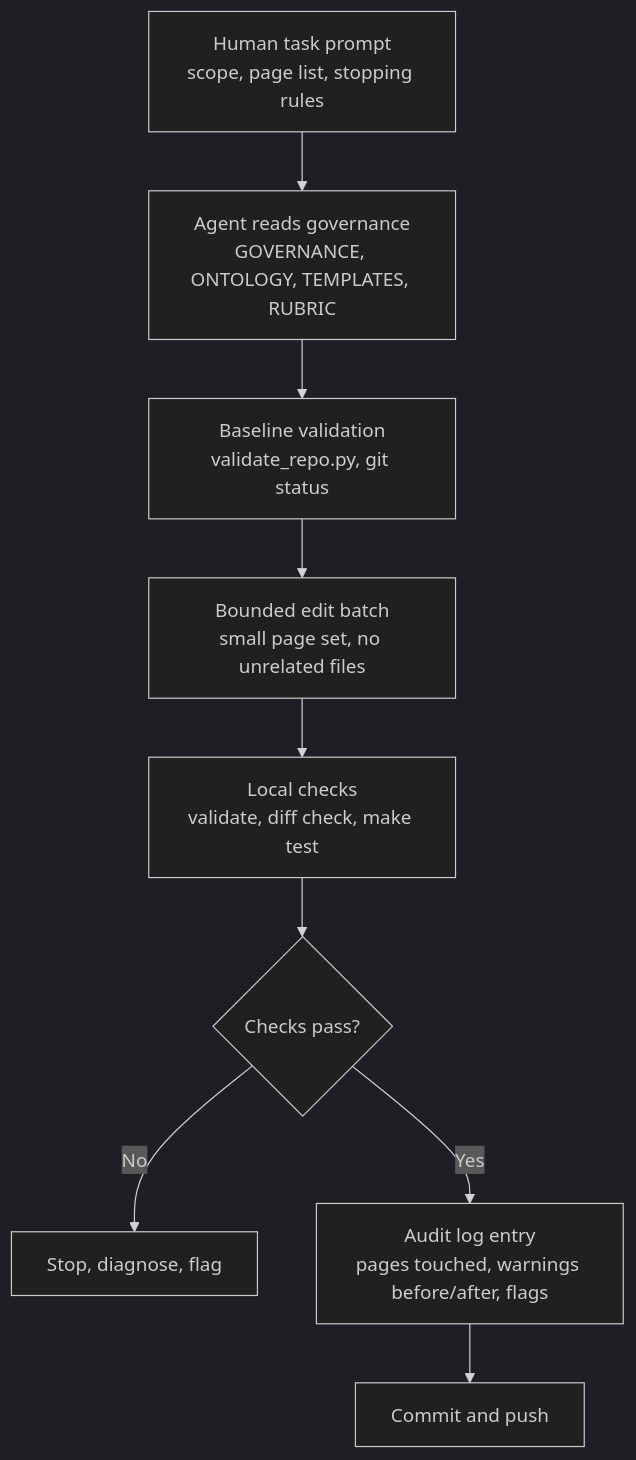
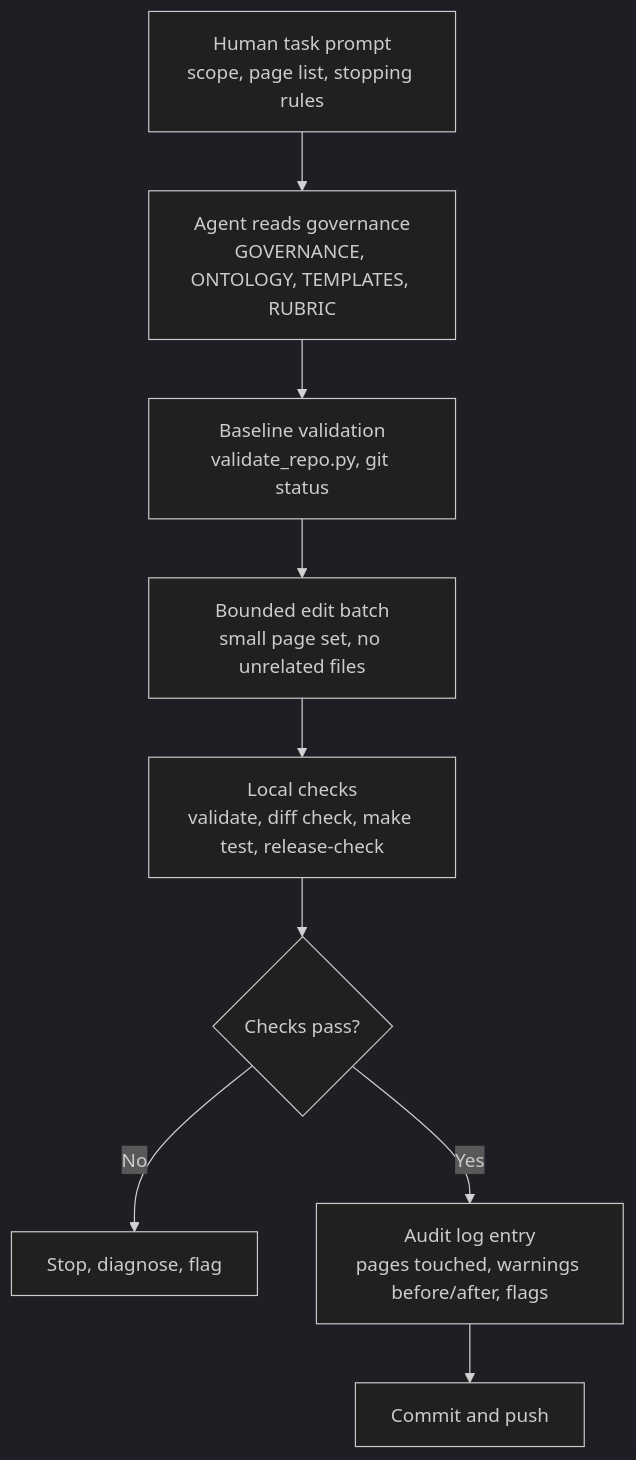
Before and after one commit to abinashkarki/NepalHydroAndEnergy: the diagram in docs/architecture/transparentgov-agent-workflow.md, drawn with Mermaid (dark theme). The commit also changed other lines of this file and 15 other files, not shown here.

Commit message:
Docs: release-check gate, computed Used By, DoED and hydromap notes, audit log

````diff
--- a/docs/architecture/transparentgov-agent-workflow.md
+++ b/docs/architecture/transparentgov-agent-workflow.md
@@ -20,11 +20,11 @@
 ```mermaid
 flowchart TD
     A["Human task prompt<br/>scope, page list, stopping rules"] --> B["Agent reads governance<br/>GOVERNANCE, ONTOLOGY, TEMPLATES, RUBRIC"]
     B --> C["Baseline validation<br/>validate_repo.py, git status"]
     C --> D["Bounded edit batch<br/>small page set, no unrelated files"]
-    D --> E["Local checks<br/>validate, diff check, make test"]
+    D --> E["Local checks<br/>validate, diff check, make test, release-check"]
     E --> F{"Checks pass?"}
     F -- "No" --> G["Stop, diagnose, flag"]
     F -- "Yes" --> H["Audit log entry<br/>pages touched, warnings before/after, flags"]
     H --> I["Commit and push"]
 ```
````
